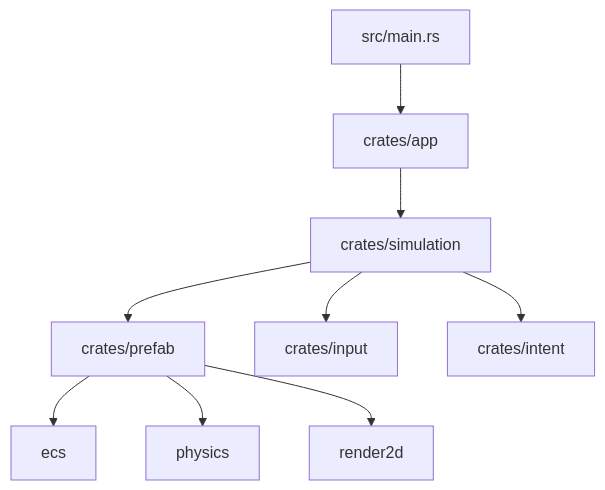
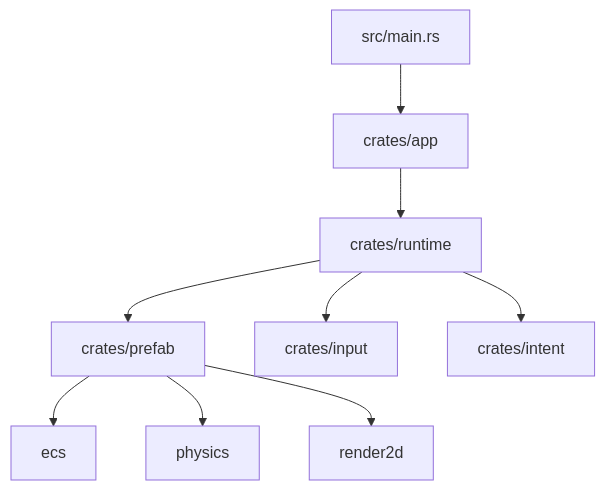
Before and after one commit to atlas-orien/bevy-template: the diagram in README.md, drawn with Mermaid. The commit also changed other lines of this file and 32 other files, not shown here.

Commit message:
Rename simulation to runtime and update docs

````diff
--- a/README.md
+++ b/README.md
@@ -55,14 +55,14 @@
 ```mermaid
 flowchart TD
     main["src/main.rs"] --> app["crates/app"]
 
-    app --> simulation["crates/simulation"]
+    app --> runtime["crates/runtime"]
 
-    simulation --> prefab["crates/prefab"]
-    simulation --> input["crates/input"]
-    simulation --> intent["crates/intent"]
+    runtime --> prefab["crates/prefab"]
+    runtime --> input["crates/input"]
+    runtime --> intent["crates/intent"]
 
     prefab --> ecs
     prefab --> physics
     prefab --> render2d
 ```
````
